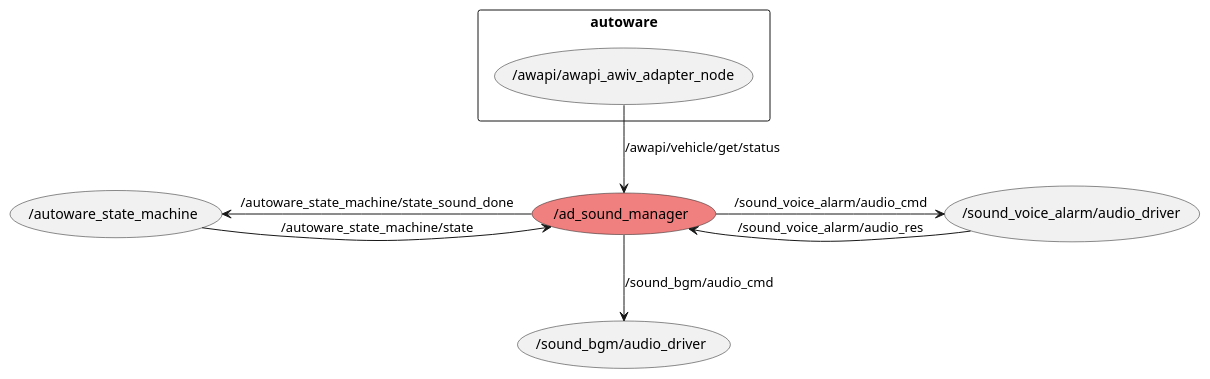
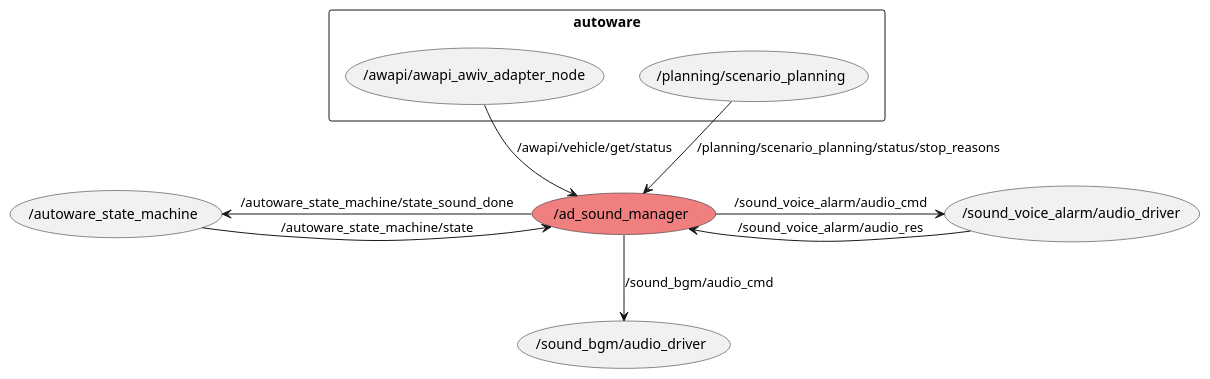
Before and after one commit to eve-autonomy/ad_sound_manager: the diagram in docs/node_graph.pu, drawn with PlantUML. The commit also changed 1 other file, not shown here.

Commit message:
Update README and node graph for stop-reason sounds

```diff
--- a/docs/node_graph.pu
+++ b/docs/node_graph.pu
@@ -1,17 +1,19 @@
 @startuml
 rectangle "autoware" {
   usecase "/awapi/awapi_awiv_adapter_node"
+  usecase "/planning/scenario_planning"
 }
 
 usecase "/autoware_state_machine"
 usecase "/ad_sound_manager" #LightCoral
 usecase "/sound_voice_alarm/audio_driver"
 usecase "/sound_bgm/audio_driver"
 
 (/awapi/awapi_awiv_adapter_node) --> (/ad_sound_manager) : /awapi/vehicle/get/status
+(/planning/scenario_planning) --> (/ad_sound_manager) : /planning/scenario_planning/status/stop_reasons
 (/autoware_state_machine) -> (/ad_sound_manager) : /autoware_state_machine/state
 (/autoware_state_machine) <- (/ad_sound_manager) : /autoware_state_machine/state_sound_done
 (/ad_sound_manager) -> (/sound_voice_alarm/audio_driver) : /sound_voice_alarm/audio_cmd
 (/ad_sound_manager) <- (/sound_voice_alarm/audio_driver) : /sound_voice_alarm/audio_res
 (/ad_sound_manager) --> (/sound_bgm/audio_driver) : /sound_bgm/audio_cmd
 @enduml
```
